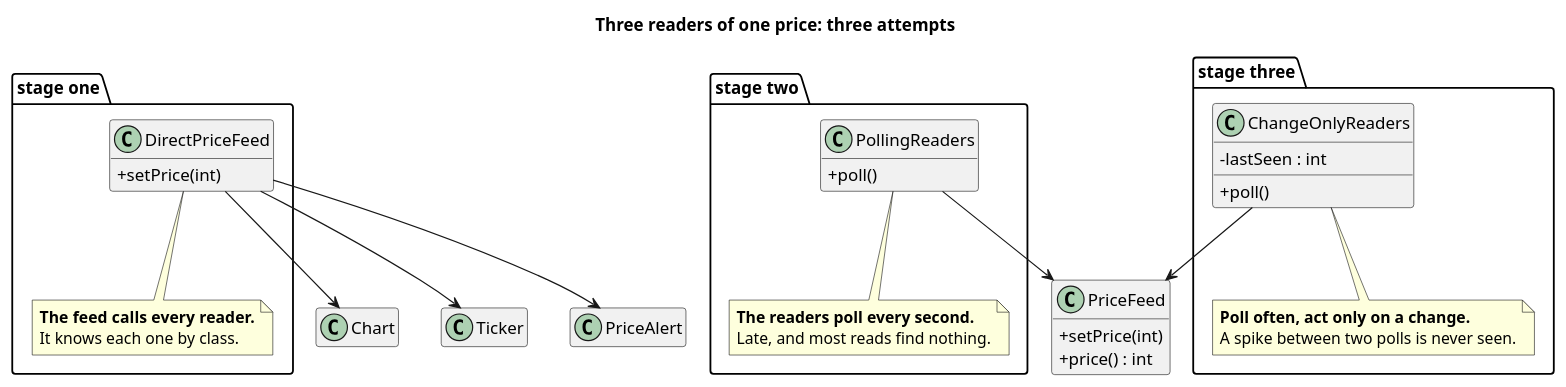
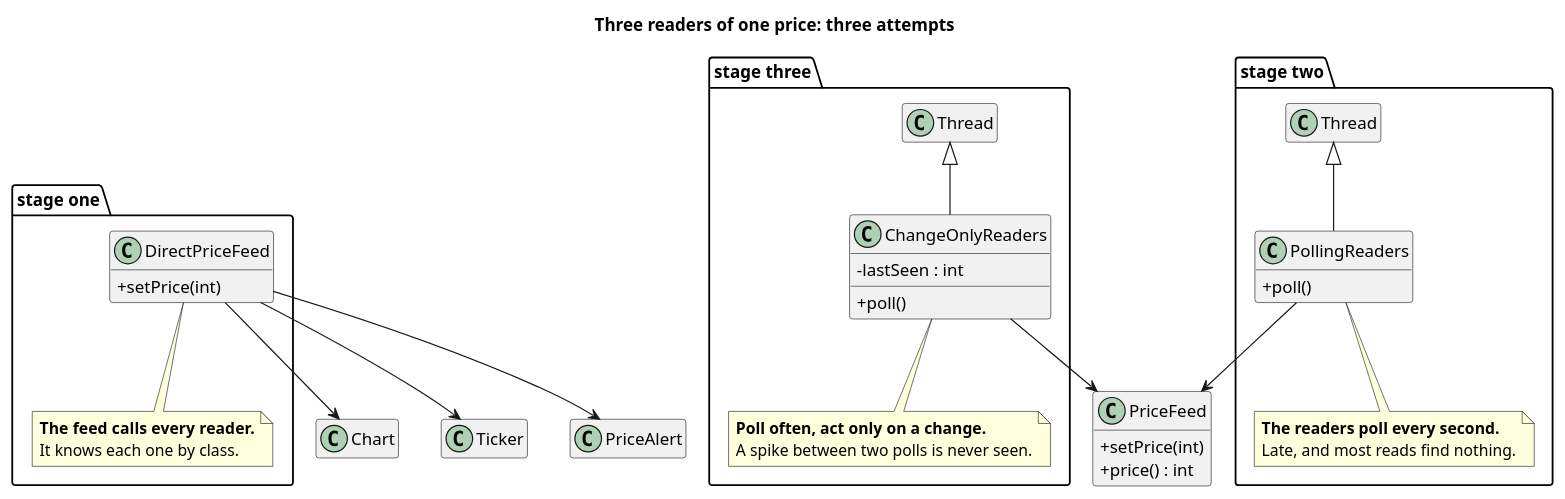
One commit to kaldiroglu/DesignPatternsWithJava changed the diagram in src/main/java/dev/kaldiroglu/dp/behavioral/observer/price/uml/Observer - Price (Problem) - Class Diagram.puml. Above: the diagram before and after it, drawn with PlantUML. The commit also changed 10 other files, not shown here.

```diff
--- a/src/main/java/dev/kaldiroglu/dp/behavioral/observer/price/uml/Observer - Price (Problem) - Class Diagram.puml
+++ b/src/main/java/dev/kaldiroglu/dp/behavioral/observer/price/uml/Observer - Price (Problem) - Class Diagram.puml
@@ -1,47 +1,47 @@
 @startuml "Observer - Price (Problem) - Class Diagram"
 skinparam classAttributeIconSize 0
 hide empty members
 title Three readers of one price: three attempts
 package "stage one" {
   class DirectPriceFeed {
     + setPrice(int)
   }
   note bottom of DirectPriceFeed
     <b>The feed calls every reader.</b>
     It knows each one by class.
   end note
 }
 package "stage two" {
-  class PollingReaders {
+  class PollingReaders extends Thread {
     + poll()
   }
   note bottom of PollingReaders
     <b>The readers poll every second.</b>
     Late, and most reads find nothing.
   end note
 }
 package "stage three" {
-  class ChangeOnlyReaders {
+  class ChangeOnlyReaders extends Thread {
     - lastSeen : int
     + poll()
   }
   note bottom of ChangeOnlyReaders
     <b>Poll often, act only on a change.</b>
     A spike between two polls is never seen.
   end note
 }
 class PriceFeed {
   + setPrice(int)
   + price() : int
 }
 class Chart
 class Ticker
 class PriceAlert
 DirectPriceFeed --> Chart
 DirectPriceFeed --> Ticker
 DirectPriceFeed --> PriceAlert
 PollingReaders --> PriceFeed
 ChangeOnlyReaders --> PriceFeed
 DirectPriceFeed -[hidden]right- PollingReaders
 PollingReaders -[hidden]right- ChangeOnlyReaders
 @enduml
```
